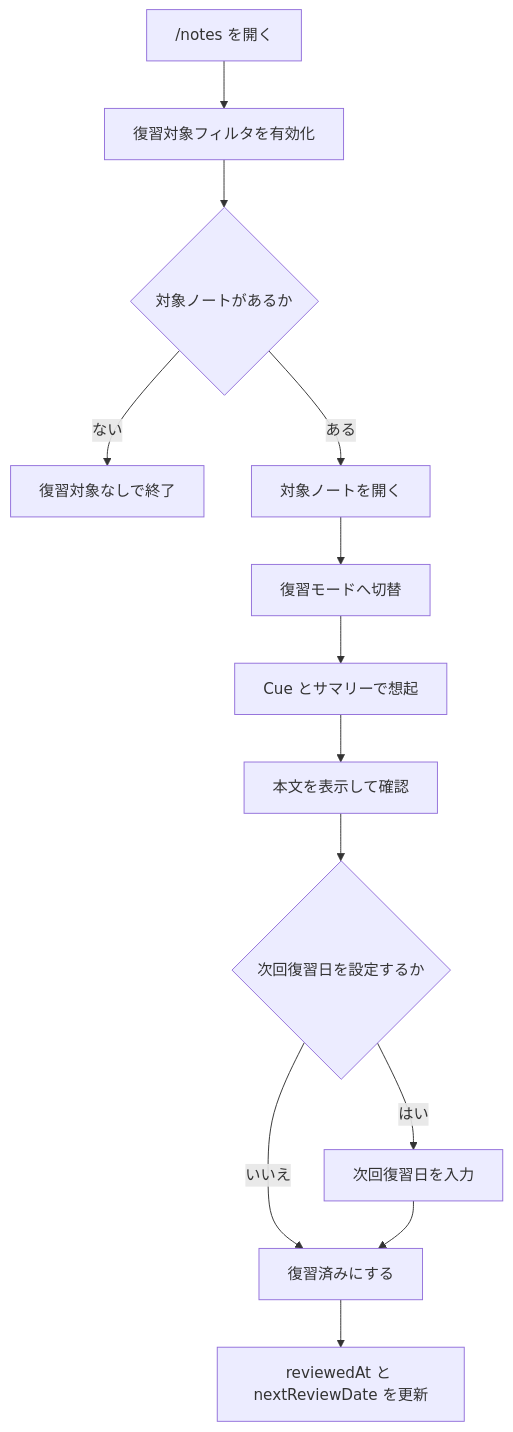
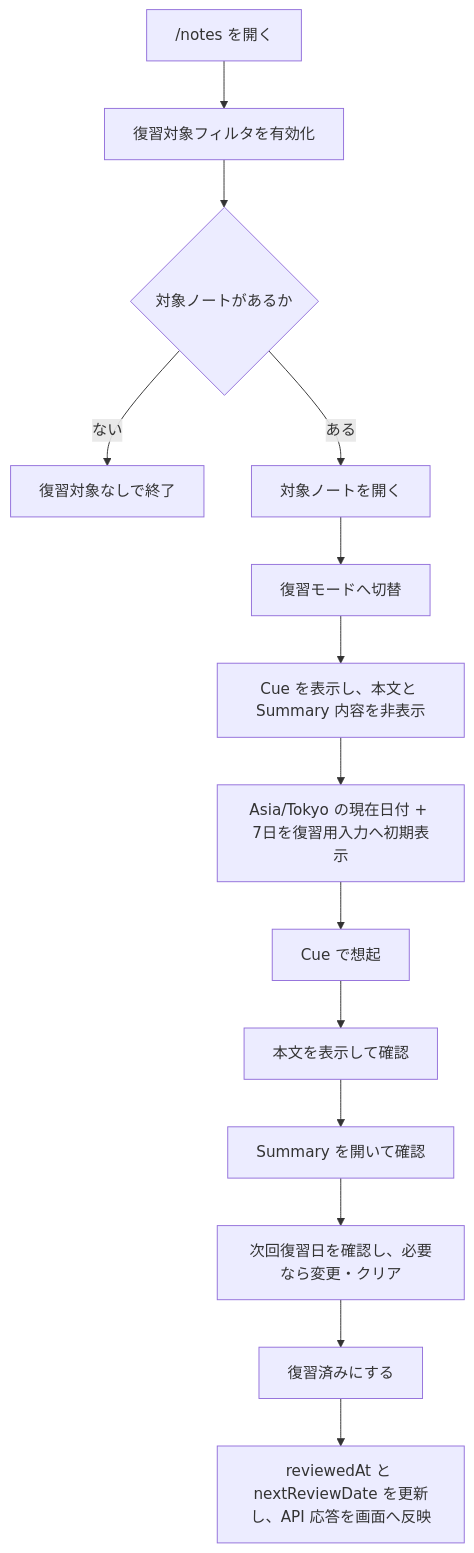
The second of 3 diagrams in doc/workflows/MVP_WORKFLOW_DESIGN.md (ka-akehi/Cornell-Method), drawn with Mermaid before and after one commit. The commit also changed other lines of this file and 1208 other files, not shown here.

````diff
--- a/doc/workflows/MVP_WORKFLOW_DESIGN.md
+++ b/doc/workflows/MVP_WORKFLOW_DESIGN.md
@@ -115,15 +129,16 @@
 ```mermaid
 flowchart TD
   Start["/notes を開く"] --> Filter["復習対象フィルタを有効化"]
   Filter --> Exists{"対象ノートがあるか"}
   Exists -- "ない" --> Done["復習対象なしで終了"]
   Exists -- "ある" --> Detail["対象ノートを開く"]
   Detail --> ReviewMode["復習モードへ切替"]
-  ReviewMode --> Recall["Cue とサマリーで想起"]
+  ReviewMode --> InitState["Cue を表示し、本文と Summary 内容を非表示"]
+  InitState --> InitNext["Asia/Tokyo の現在日付 + 7日を復習用入力へ初期表示"]
+  InitNext --> Recall["Cue で想起"]
   Recall --> ShowBody["本文を表示して確認"]
-  ShowBody --> DecideNext{"次回復習日を設定するか"}
-  DecideNext -- "はい" --> SetNext["次回復習日を入力"]
-  DecideNext -- "いいえ" --> Mark["復習済みにする"]
-  SetNext --> Mark
-  Mark --> Updated["reviewedAt と nextReviewDate を更新"]
+  ShowBody --> OpenSummary["Summary を開いて確認"]
+  OpenSummary --> AdjustNext["次回復習日を確認し、必要なら変更・クリア"]
+  AdjustNext --> Mark["復習済みにする"]
+  Mark --> Updated["reviewedAt と nextReviewDate を更新し、API 応答を画面へ反映"]
 ```
````
